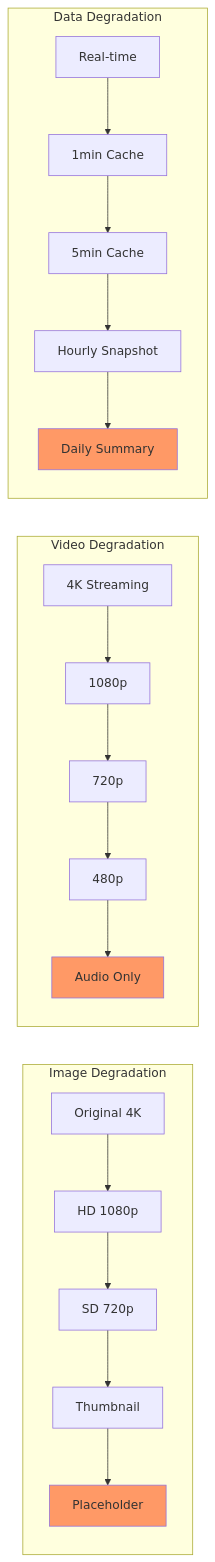
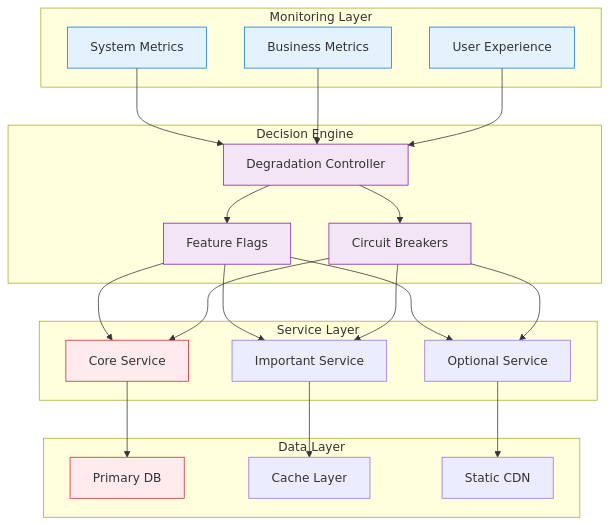
The fourth of 7 diagrams in docs/pattern-library/resilience/graceful-degradation.md (deepaucksharma/DStudio), drawn with Mermaid before and after one commit. The commit also changed other lines of this file and 119 other files, not shown here.

````diff
--- a/docs/pattern-library/resilience/graceful-degradation.md
+++ b/docs/pattern-library/resilience/graceful-degradation.md
@@ -421,27 +242,44 @@
 ```mermaid
-graph LR
-    subgraph "Image Degradation"
-        I1[Original 4K] --> I2[HD 1080p]
-        I2 --> I3[SD 720p]
-        I3 --> I4[Thumbnail]
-        I4 --> I5[Placeholder]
+graph TB
+    subgraph "Monitoring Layer"
+        M1[System Metrics]
+        M2[Business Metrics]
+        M3[User Experience]
     end
     
-    subgraph "Video Degradation"
-        V1[4K Streaming] --> V2[1080p]
-        V2 --> V3[720p]
-        V3 --> V4[480p]
-        V4 --> V5[Audio Only]
+    subgraph "Decision Engine"
+        DE[Degradation Controller]
+        FF[Feature Flags]
+        CB[Circuit Breakers]
     end
     
-    subgraph "Data Degradation"
-        D1[Real-time] --> D2[1min Cache]
-        D2 --> D3[5min Cache]
-        D3 --> D4[Hourly Snapshot]
-        D4 --> D5[Daily Summary]
+    subgraph "Service Layer"
+        S1[Core Service]
+        S2[Important Service]
+        S3[Optional Service]
     end
     
-    style I5 fill:#f96
-    style V5 fill:#f96
-    style D5 fill:#f96
+    subgraph "Data Layer"
+        D1[Primary DB]
+        D2[Cache Layer]
+        D3[Static CDN]
+    end
+    
+    M1 & M2 & M3 --> DE
+    DE --> FF & CB
+    
+    FF --> S1 & S2 & S3
+    CB --> S1 & S2 & S3
+    
+    S1 --> D1
+    S2 --> D2
+    S3 --> D3
+    
+    classDef monitoring fill:#e3f2fd,stroke:#1976d2
+    classDef decision fill:#f3e5f5,stroke:#7b1fa2
+    classDef core fill:#ffebee,stroke:#c62828
+    
+    class M1,M2,M3 monitoring
+    class DE,FF,CB decision
+    class S1,D1 core
 ```
````
